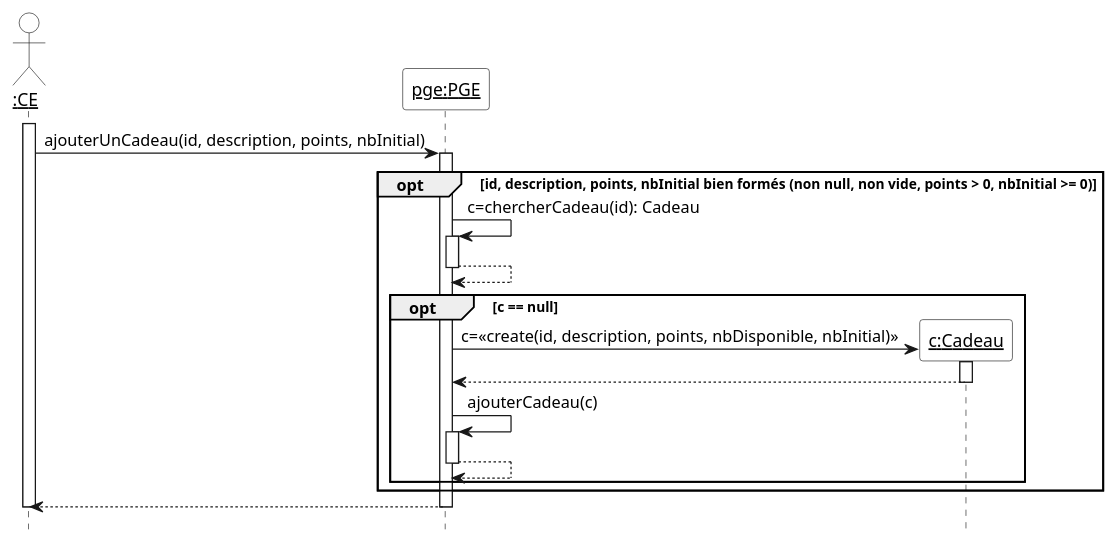
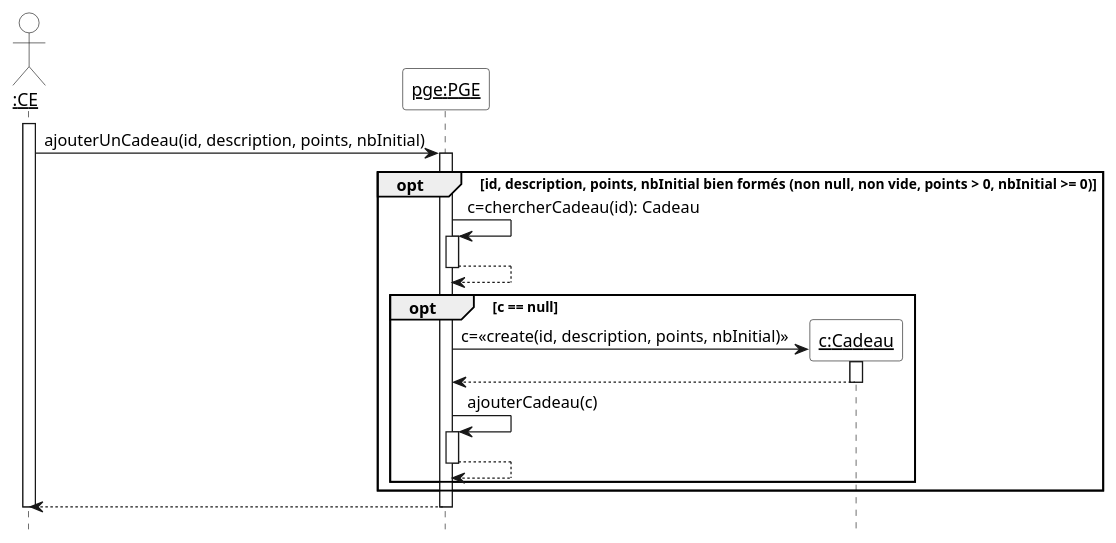
The diagram in Diagrammes/pge_uml_diag_seq_ajouter_un_cadeau.pu (yasminebelmaaziz/dev_logiciel), drawn with PlantUML before and after one commit. The commit also changed 7 other files, not shown here.

Commit message:
correction arguments dans diagrammes de séquence

```diff
--- a/Diagrammes/pge_uml_diag_seq_ajouter_un_cadeau.pu
+++ b/Diagrammes/pge_uml_diag_seq_ajouter_un_cadeau.pu
@@ -1,25 +1,25 @@
 @startuml
 hide footbox
 skinparam sequenceParticipantBackgroundColor White
 skinparam sequenceActorBackgroundColor White
 
 actor "__:CE__" as ce
 participant "__pge:PGE__" as pge
 
 activate ce
 ce -> pge ++ : ajouterUnCadeau(id, description, points, nbInitial)
 opt id, description, points, nbInitial bien formés (non null, non vide, points > 0, nbInitial >= 0)
   pge -> pge ++ : c=chercherCadeau(id): Cadeau
   return
   
   opt c == null
     create "__c:Cadeau__" as c
-    pge -> c ++ : c=<<create(id, description, points, nbDisponible, nbInitial)>>
+    pge -> c ++ : c=<<create(id, description, points, nbInitial)>>
     return
     pge -> pge ++ : ajouterCadeau(c)
     return
   end
 end
 return
 deactivate ce
 @enduml
```
